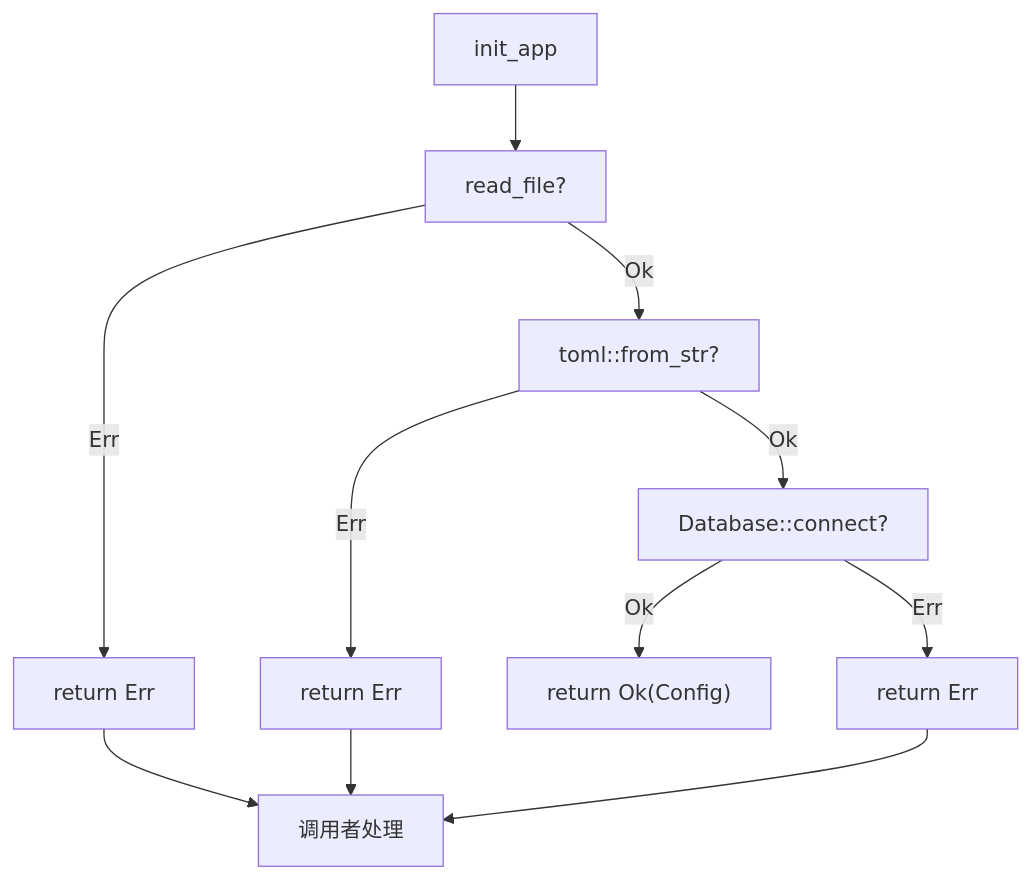
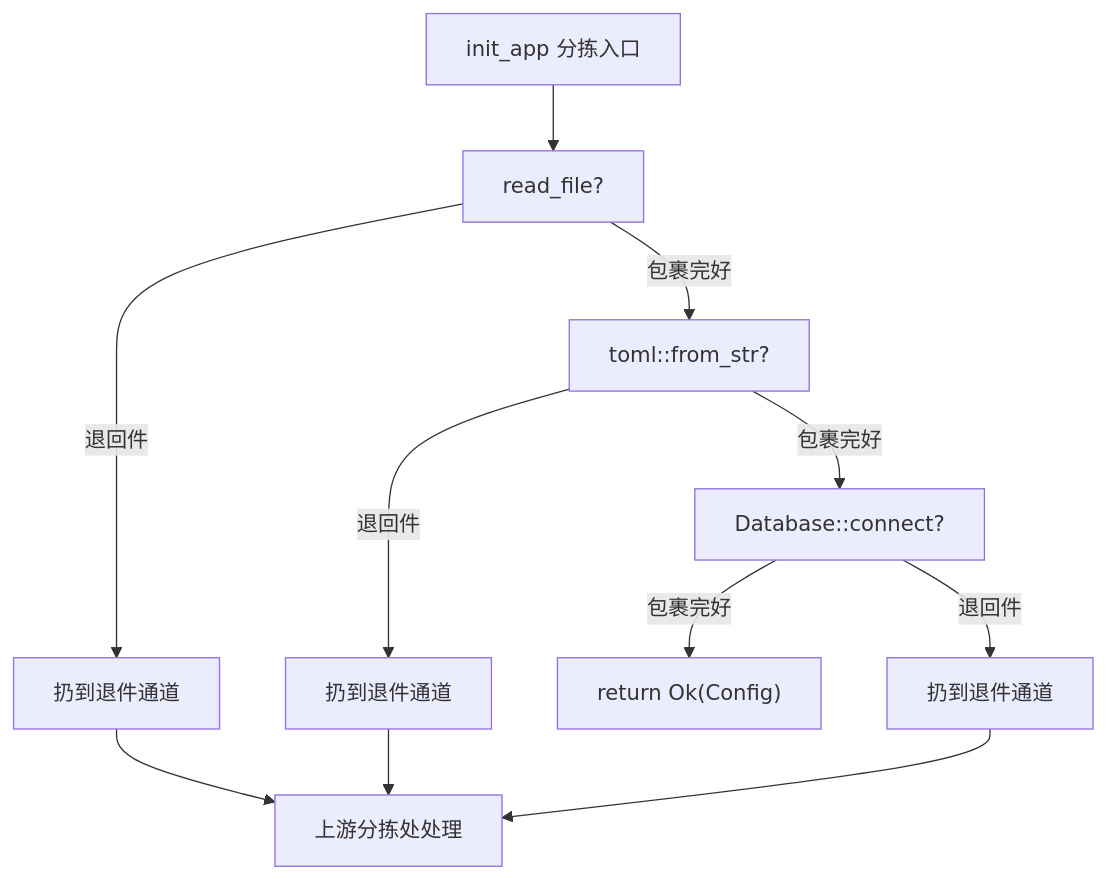
One commit to qknow-0/blog changed the first of 2 diagrams in languages/rust/error-handling.md. Above: the diagram before and after it, drawn with Mermaid. The commit also changed other lines of this file and 10 other files, not shown here.

Commit message:
docs: Rust 全系列比喻重写——搬家/停车票/背包/快递/应聘/集装箱/图书馆/公寓楼/食品质检/酒店

````diff
--- a/languages/rust/error-handling.md
+++ b/languages/rust/error-handling.md
@@ -99,14 +101,14 @@
 ```mermaid
 flowchart TD
-    A[init_app] --> B["read_file?"]
-    B -->|Ok| C["toml::from_str?"]
-    B -->|Err| ERR1["return Err"]
-    C -->|Ok| D["Database::connect?"]
-    C -->|Err| ERR2["return Err"]
-    D -->|Ok| E["return Ok(Config)"]
-    D -->|Err| ERR3["return Err"]
+    A[init_app 分拣入口] --> B["read_file?"]
+    B -->|包裹完好| C["toml::from_str?"]
+    B -->|退回件| ERR1["扔到退件通道"]
+    C -->|包裹完好| D["Database::connect?"]
+    C -->|退回件| ERR2["扔到退件通道"]
+    D -->|包裹完好| E["return Ok(Config)"]
+    D -->|退回件| ERR3["扔到退件通道"]
 
-    ERR1 --> F[调用者处理]
+    ERR1 --> F[上游分拣处处理]
     ERR2 --> F
     ERR3 --> F
 ```
````
